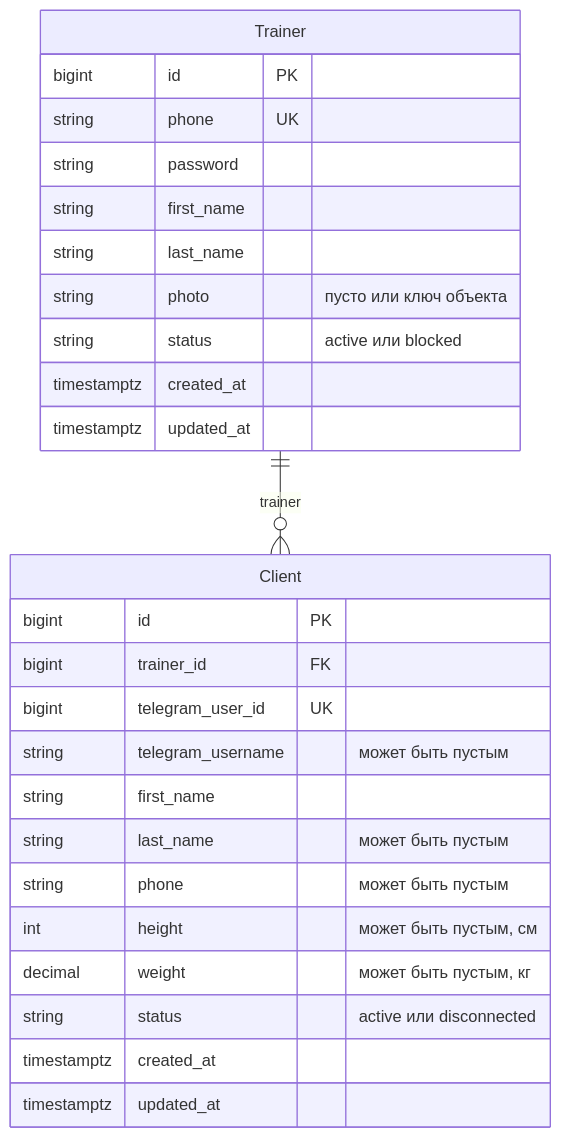
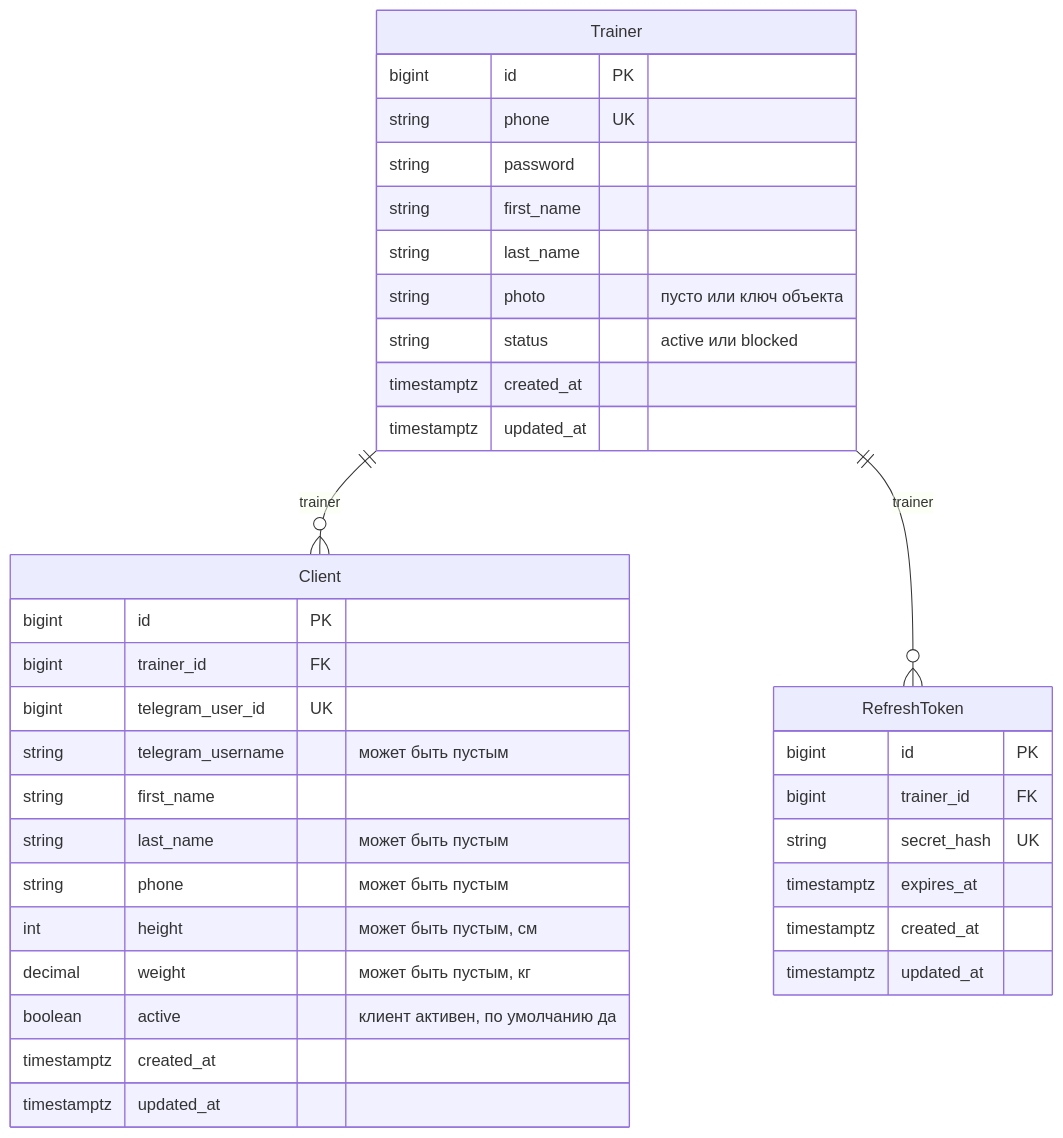
Before and after one commit to pycoder-code/trenly-ai: the diagram in docs/architecture/data-model.md, drawn with Mermaid. The commit also changed 100 other files, not shown here.

````diff
--- a/docs/architecture/data-model.md
+++ b/docs/architecture/data-model.md
@@ -13,29 +13,38 @@
 ```mermaid
 erDiagram
     Trainer ||--o{ Client : trainer
+    Trainer ||--o{ RefreshToken : trainer
     Trainer {
         bigint id PK
         string phone UK
         string password
         string first_name
         string last_name
         string photo "пусто или ключ объекта"
         string status "active или blocked"
         timestamptz created_at
         timestamptz updated_at
     }
     Client {
         bigint id PK
         bigint trainer_id FK
         bigint telegram_user_id UK
         string telegram_username "может быть пустым"
         string first_name
         string last_name "может быть пустым"
         string phone "может быть пустым"
         int height "может быть пустым, см"
         decimal weight "может быть пустым, кг"
-        string status "active или disconnected"
+        boolean active "клиент активен, по умолчанию да"
+        timestamptz created_at
+        timestamptz updated_at
+    }
+    RefreshToken {
+        bigint id PK
+        bigint trainer_id FK
+        string secret_hash UK
+        timestamptz expires_at
         timestamptz created_at
         timestamptz updated_at
     }
 ```
````
